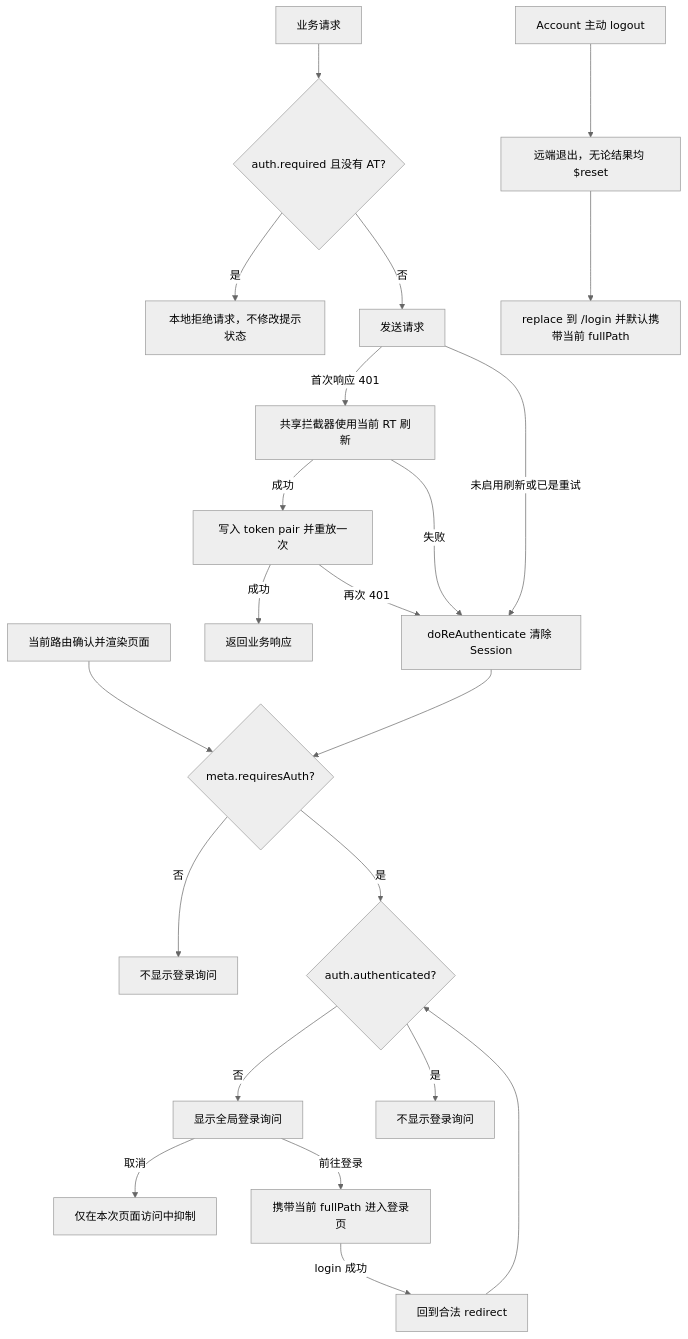
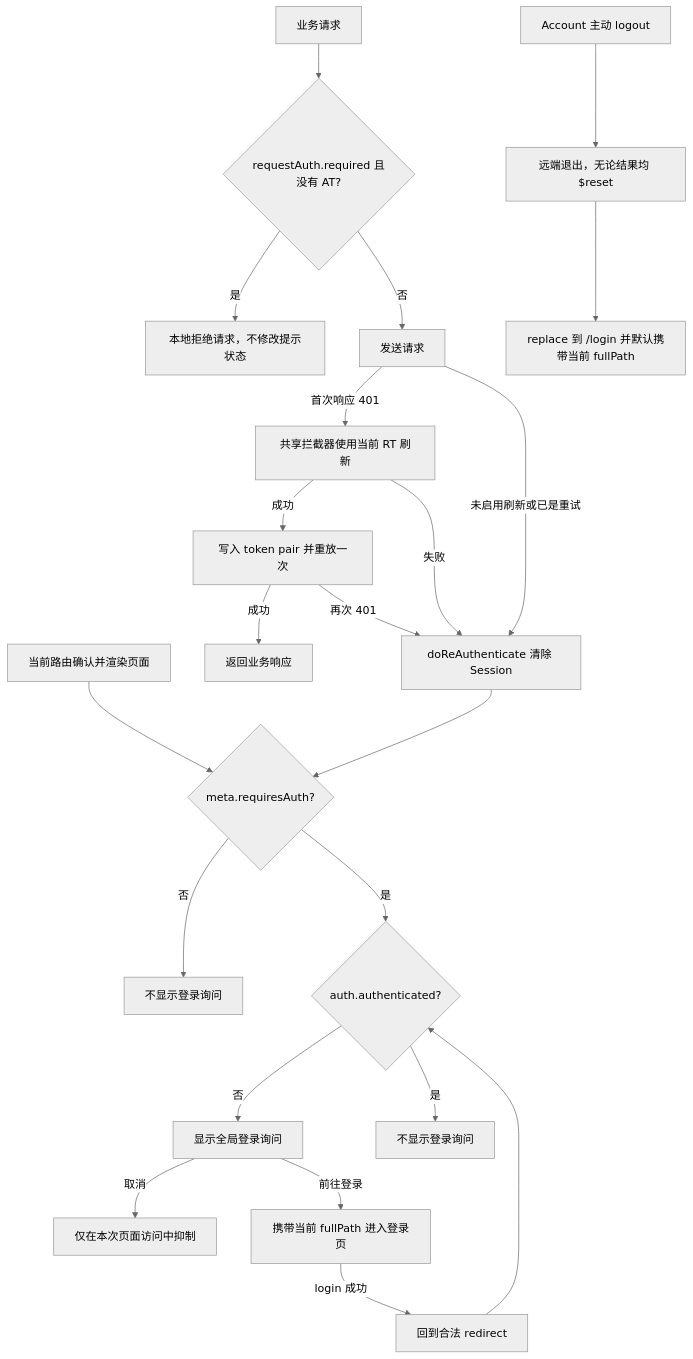
One commit to 1gnilc/novum changed the diagram in docs/plans/mobile-application-plan.md. Above: the diagram before and after it, drawn with Mermaid (neutral theme). The commit also changed other lines of this file and 4 other files, not shown here.

````diff
--- a/docs/plans/mobile-application-plan.md
+++ b/docs/plans/mobile-application-plan.md
@@ -403,26 +403,26 @@
 ```mermaid
 flowchart TD
     A[当前路由确认并渲染页面] --> B{meta.requiresAuth?}
     B -->|否| C[不显示登录询问]
     B -->|是| D{auth.authenticated?}
     D -->|否| E[显示全局登录询问]
     D -->|是| F[不显示登录询问]
     E -->|取消| G[仅在本次页面访问中抑制]
     E -->|前往登录| H[携带当前 fullPath 进入登录页]
     H -->|login 成功| I[回到合法 redirect]
     I --> D
 
-    J[业务请求] --> K{auth.required 且没有 AT?}
+    J[业务请求] --> K{requestAuth.required 且没有 AT?}
     K -->|是| L[本地拒绝请求，不修改提示状态]
     K -->|否| M[发送请求]
     M -->|首次响应 401| N[共享拦截器使用当前 RT 刷新]
     N -->|成功| O[写入 token pair 并重放一次]
     O -->|成功| P[返回业务响应]
     O -->|再次 401| Q[doReAuthenticate 清除 Session]
     N -->|失败| Q
     M -->|未启用刷新或已是重试| Q
     Q --> B
 
     R[Account 主动 logout] --> S[远端退出，无论结果均 $reset]
     S --> T[replace 到 /login 并默认携带当前 fullPath]
 ```
````
